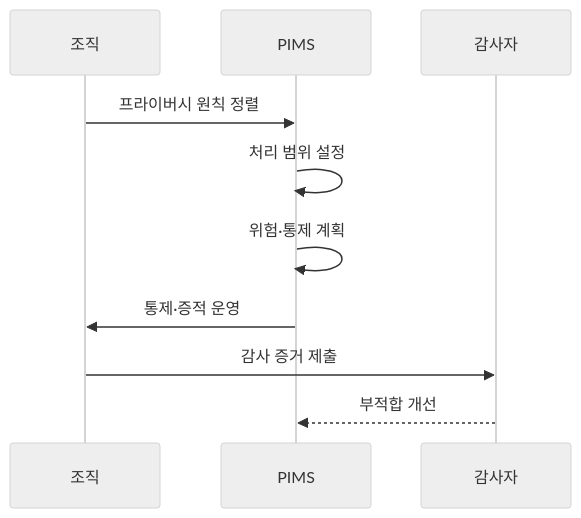
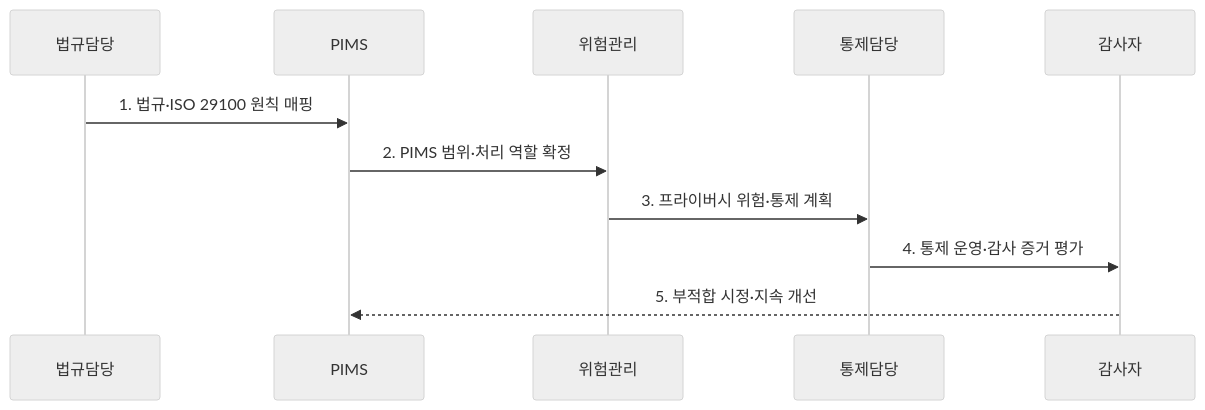
One commit to agnusdei1207/knowledge-base changed the second of 2 diagrams in src/content/docs/notes/05-security/101_iso_29100_iso_27701.md. Above: the diagram before and after it, drawn with Mermaid (neutral theme). The commit also changed other lines of this file and 6 other files, not shown here.

````diff
--- a/src/content/docs/notes/05-security/101_iso_29100_iso_27701.md
+++ b/src/content/docs/notes/05-security/101_iso_29100_iso_27701.md
@@ -72,12 +77,13 @@
 ```mermaid
 sequenceDiagram
-  participant O as 조직
+  participant L as 법규담당
   participant P as PIMS
+  participant R as 위험관리
+  participant C as 통제담당
   participant A as 감사자
-  O->>P: 프라이버시 원칙 정렬
-  P->>P: 처리 범위 설정
-  P->>P: 위험·통제 계획
-  P->>O: 통제·증적 운영
-  O->>A: 감사 증거 제출
-  A-->>P: 부적합 개선
+  L->>P: 1. 법규·ISO 29100 원칙 매핑
+  P->>R: 2. PIMS 범위·처리 역할 확정
+  R->>C: 3. 프라이버시 위험·통제 계획
+  C->>A: 4. 통제 운영·감사 증거 평가
+  A-->>P: 5. 부적합 시정·지속 개선
 ```
````
